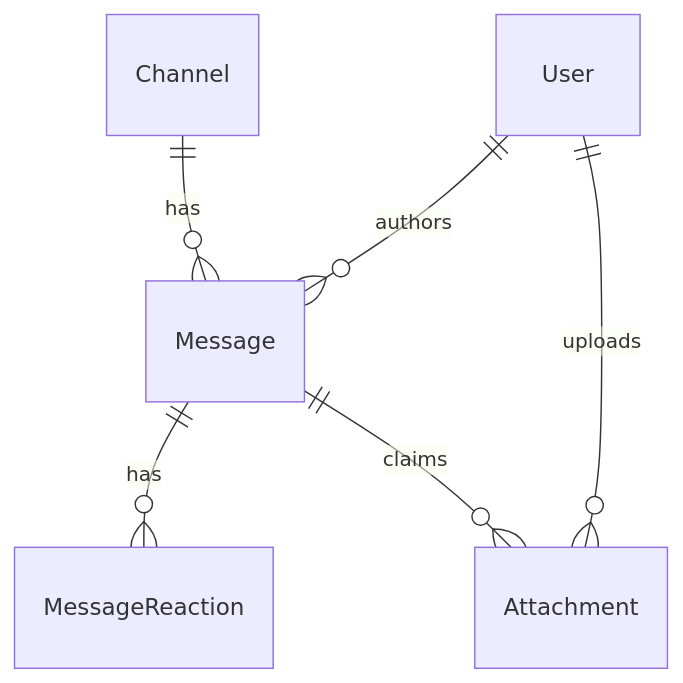
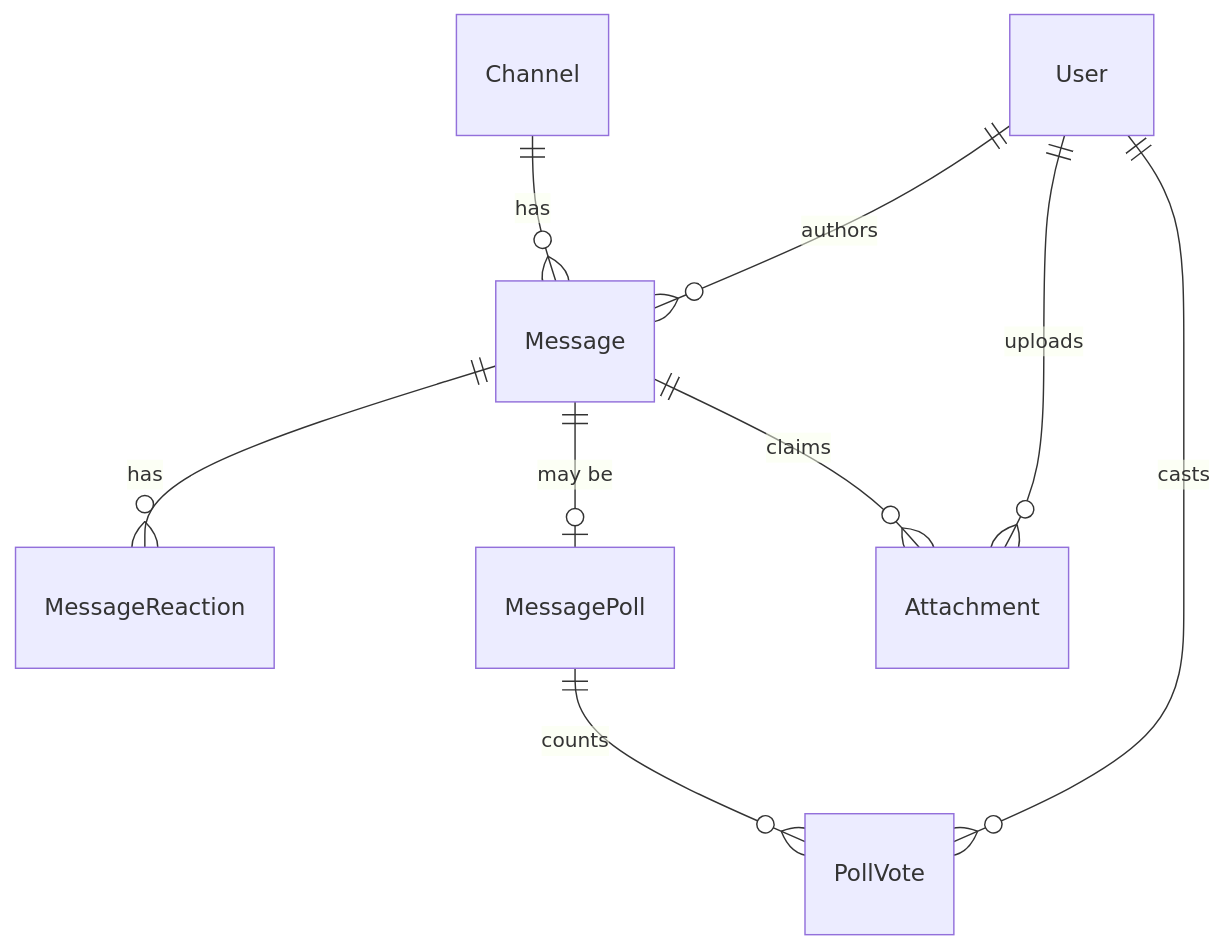
Before and after one commit to aiyu-ayaan/BetweenUs: the third of 6 diagrams in docs/docs/database/schema.md, drawn with Mermaid. The commit also changed other lines of this file and 8 other files, not shown here.

Commit message:
docs(polls): document refereed polls across API, protocol, E2EE and schema pages

````diff
--- a/docs/docs/database/schema.md
+++ b/docs/docs/database/schema.md
@@ -264,8 +264,11 @@
 ```mermaid
 erDiagram
     Channel ||--o{ Message : has
     User ||--o{ Message : authors
     Message ||--o{ MessageReaction : has
+    Message ||--o| MessagePoll : "may be"
+    MessagePoll ||--o{ PollVote : counts
+    User ||--o{ PollVote : casts
     Message ||--o{ Attachment : claims
     User ||--o{ Attachment : uploads
 ```
````
